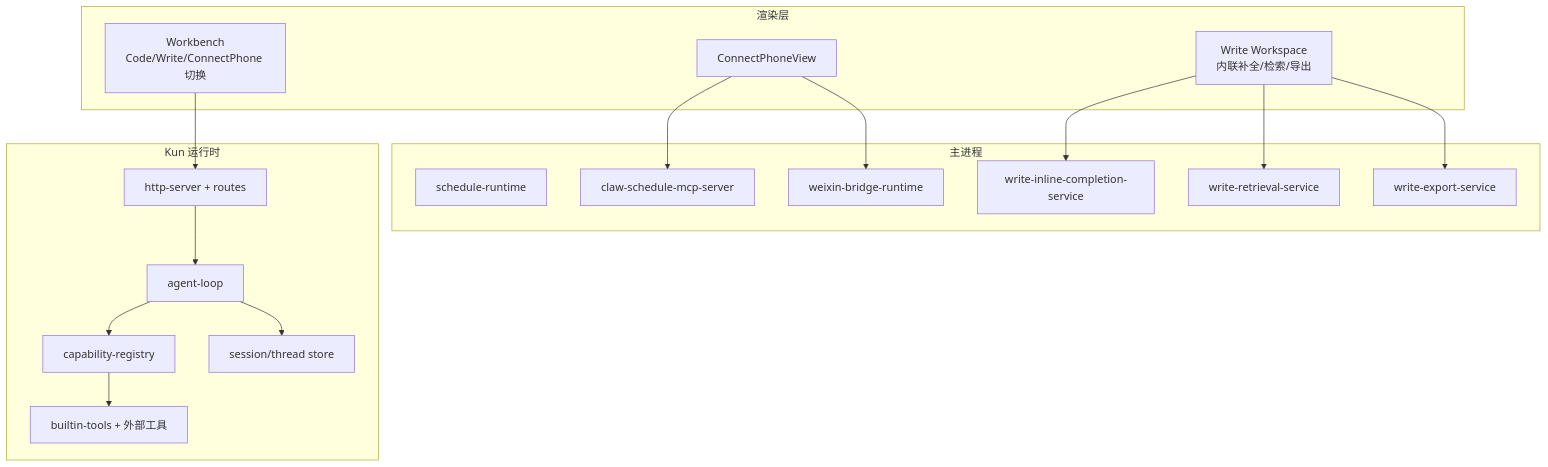
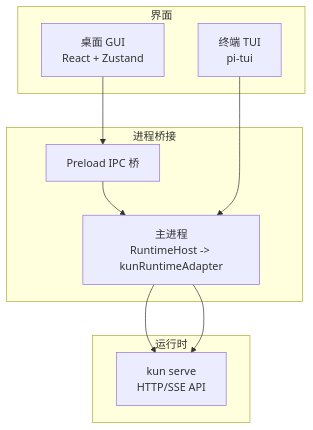
One commit to haolange/DeepSeek-GUI changed the first of 3 diagrams in .qoder/repowiki/zh/content/项目概述/核心功能特性/核心功能特性.md. Above: the diagram before and after it, drawn with Mermaid. The commit also changed other lines of this file and 341 other files, not shown here.

````diff
--- a/.qoder/repowiki/zh/content/项目概述/核心功能特性/核心功能特性.md
+++ b/.qoder/repowiki/zh/content/项目概述/核心功能特性/核心功能特性.md
@@ -173,33 +42,16 @@
 ```mermaid
 graph TB
-subgraph "渲染层"
-UI["Workbench<br/>Code/Write/ConnectPhone 切换"]
-CP["ConnectPhoneView"]
-WW["Write Workspace<br/>内联补全/检索/导出"]
+subgraph "界面"
+GUI["桌面 GUI<br/>React + Zustand"]
+TUI["终端 TUI<br/>pi-tui"]
 end
-subgraph "主进程"
-SCH["schedule-runtime"]
-MCP["claw-schedule-mcp-server"]
-BRG["weixin-bridge-runtime"]
-SVC1["write-inline-completion-service"]
-SVC2["write-retrieval-service"]
-SVC3["write-export-service"]
+subgraph "进程桥接"
+PRELOAD["Preload IPC 桥"]
+MAIN["主进程<br/>RuntimeHost -> kunRuntimeAdapter"]
 end
-subgraph "Kun 运行时"
-LOOP["agent-loop"]
-REG["capability-registry"]
-TOOLS["builtin-tools + 外部工具"]
-STORE["session/thread store"]
-API["http-server + routes"]
+subgraph "运行时"
+SERVE["kun serve<br/>HTTP/SSE API"]
 end
-UI --> API
-CP --> BRG
-CP --> MCP
-WW --> SVC1
-WW --> SVC2
-WW --> SVC3
-API --> LOOP
-LOOP --> REG
-REG --> TOOLS
-LOOP --> STORE
+GUI --> PRELOAD --> MAIN --> SERVE
+TUI --> MAIN --> SERVE
 ```
````
